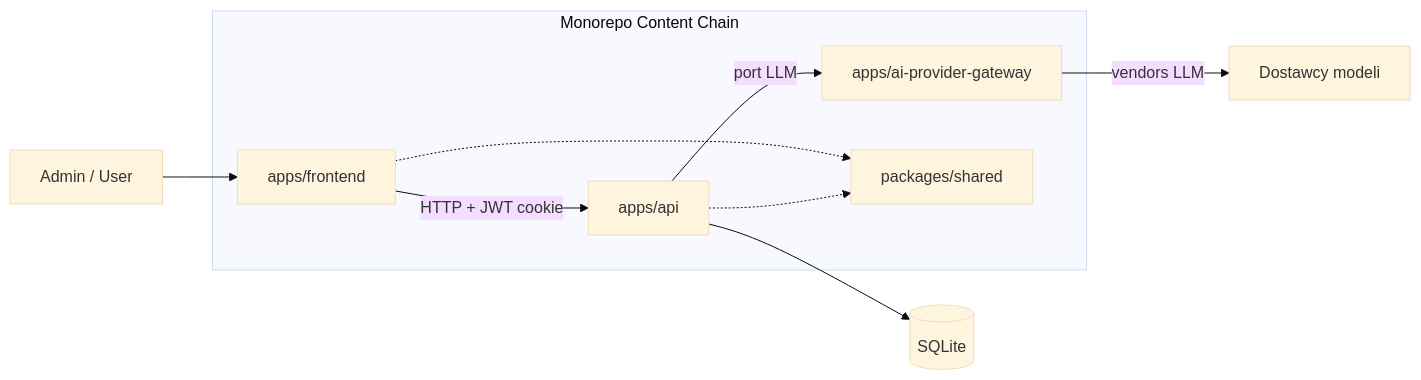
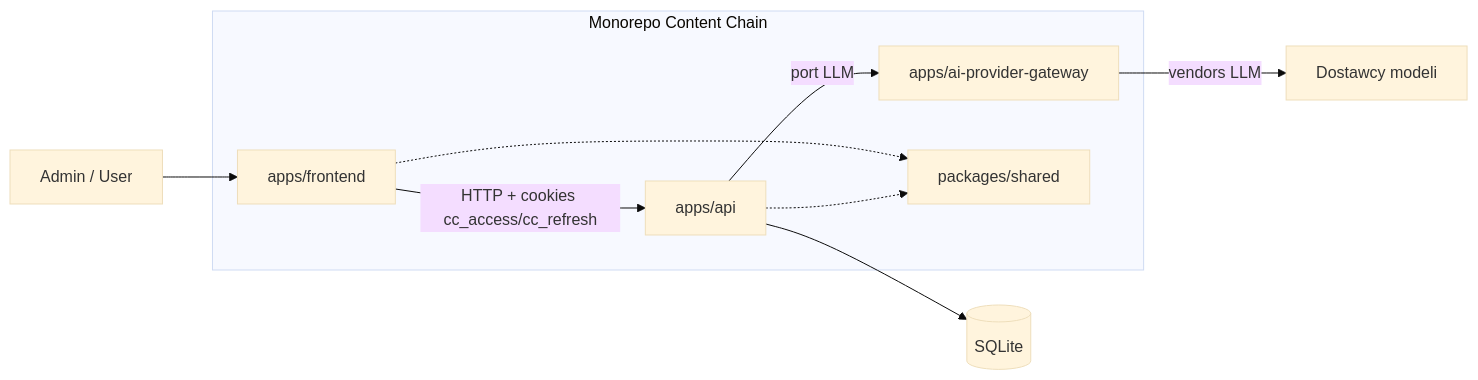
One commit to matej2314/content-chain changed the first of 2 diagrams in docs/architektura.md. Above: the diagram before and after it, drawn with Mermaid (base theme). The commit also changed other lines of this file and 22 other files, not shown here.

````diff
--- a/docs/architektura.md
+++ b/docs/architektura.md
@@ -16,17 +16,17 @@
 ```mermaid
 flowchart LR
   subgraph monorepo["Monorepo Content Chain"]
     FE["apps/frontend"]
     API["apps/api"]
     GW["apps/ai-provider-gateway"]
     SH["packages/shared"]
   end
 
   User["Admin / User"] --> FE
-  FE -->|"HTTP + JWT cookie"| API
+  FE -->|"HTTP + cookies cc_access/cc_refresh"| API
   API -->|"port LLM"| GW
   GW -->|"vendors LLM"| Vendors["Dostawcy modeli"]
   API --> DB[(SQLite)]
   FE -.-> SH
   API -.-> SH
 ```
````
